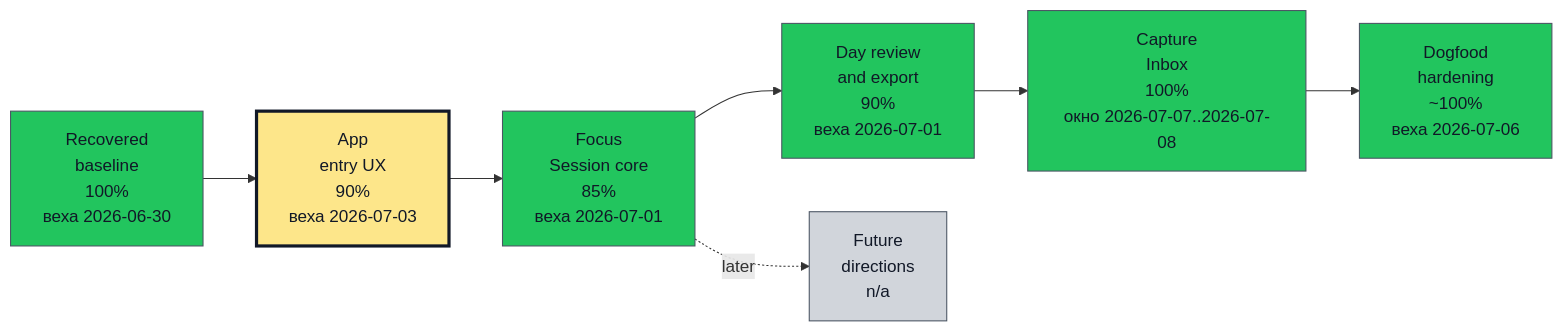
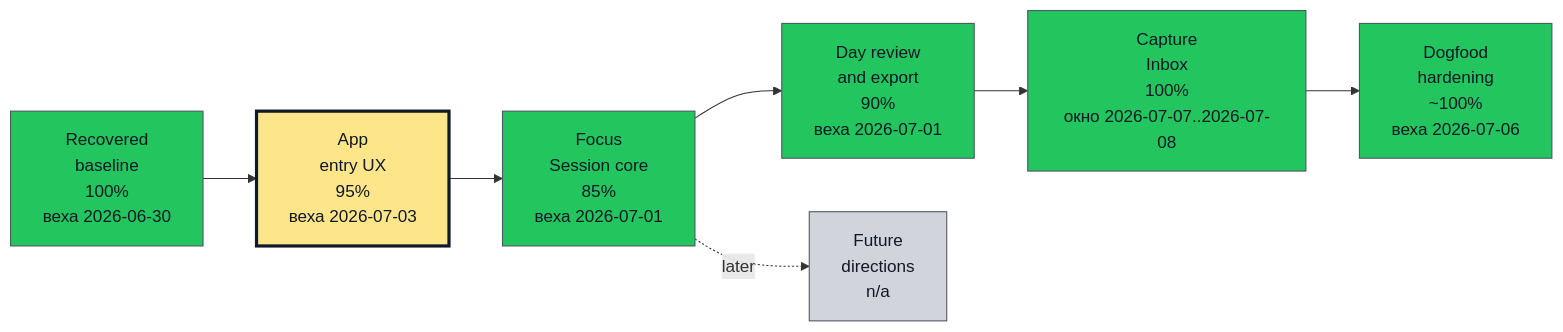
Before and after one commit to asukhodko/timeskein: the first of 2 diagrams in docs/roadmap/opskarta.md, drawn with Mermaid. The commit also changed other lines of this file and 8 other files, not shown here.

````diff
--- a/docs/roadmap/opskarta.md
+++ b/docs/roadmap/opskarta.md
@@ -19,35 +19,35 @@
 ```mermaid
 flowchart LR
 
     classDef exec_done fill:#22c55e,stroke:#4b5563,color:#111827,stroke-width:1px
     classDef exec_in_progress fill:#0ea5e9,stroke:#4b5563,color:#111827,stroke-width:1px
     classDef exec_blocked fill:#fecaca,stroke:#4b5563,color:#111827,stroke-width:1px
     classDef exec_not_started fill:#9ca3af,stroke:#4b5563,color:#111827,stroke-width:1px
     classDef exec_mgmt_green fill:#86efac,stroke:#4b5563,color:#111827,stroke-width:1px
     classDef exec_mgmt_yellow fill:#fde68a,stroke:#4b5563,color:#111827,stroke-width:1px
     classDef exec_mgmt_red fill:#fca5a5,stroke:#4b5563,color:#111827,stroke-width:1px
     classDef exec_mgmt_neutral fill:#d1d5db,stroke:#4b5563,color:#111827,stroke-width:1px
 
     recovered_baseline["Recovered<br/>baseline<br/>100%<br/>веха 2026-06-30"]
     class recovered_baseline exec_done
-    app_entry_ux["App<br/>entry UX<br/>90%<br/>веха 2026-07-03"]
+    app_entry_ux["App<br/>entry UX<br/>95%<br/>веха 2026-07-03"]
     class app_entry_ux exec_mgmt_yellow
     style app_entry_ux stroke:#111827,stroke-width:3px
     focus_session_core["Focus<br/>Session core<br/>85%<br/>веха 2026-07-01"]
     class focus_session_core exec_done
     day_review_export["Day review<br/>and export<br/>90%<br/>веха 2026-07-01"]
     class day_review_export exec_done
     capture_inbox["Capture<br/>Inbox<br/>100%<br/>окно 2026-07-07..2026-07-08"]
     class capture_inbox exec_done
     dogfood_hardening["Dogfood<br/>hardening<br/>~100%<br/>веха 2026-07-06"]
     class dogfood_hardening exec_done
     future_directions["Future<br/>directions<br/>n/a"]
     class future_directions exec_mgmt_neutral
 
     recovered_baseline --> app_entry_ux
     app_entry_ux --> focus_session_core
     focus_session_core --> day_review_export
     day_review_export --> capture_inbox
     capture_inbox --> dogfood_hardening
     focus_session_core -. later .-> future_directions
 ```
````
